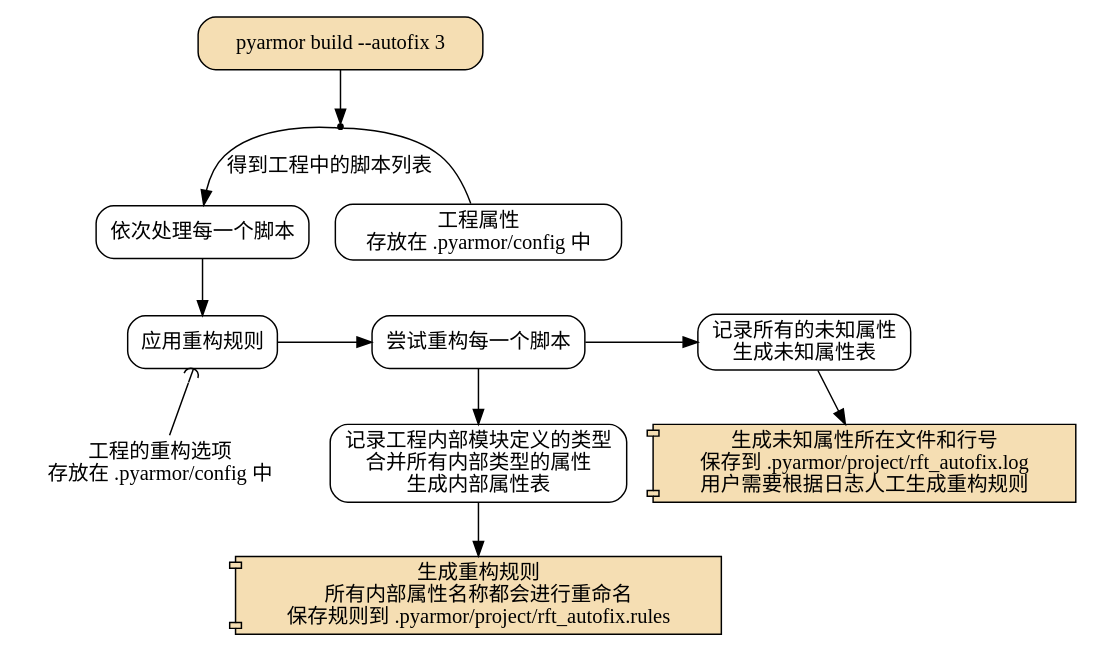
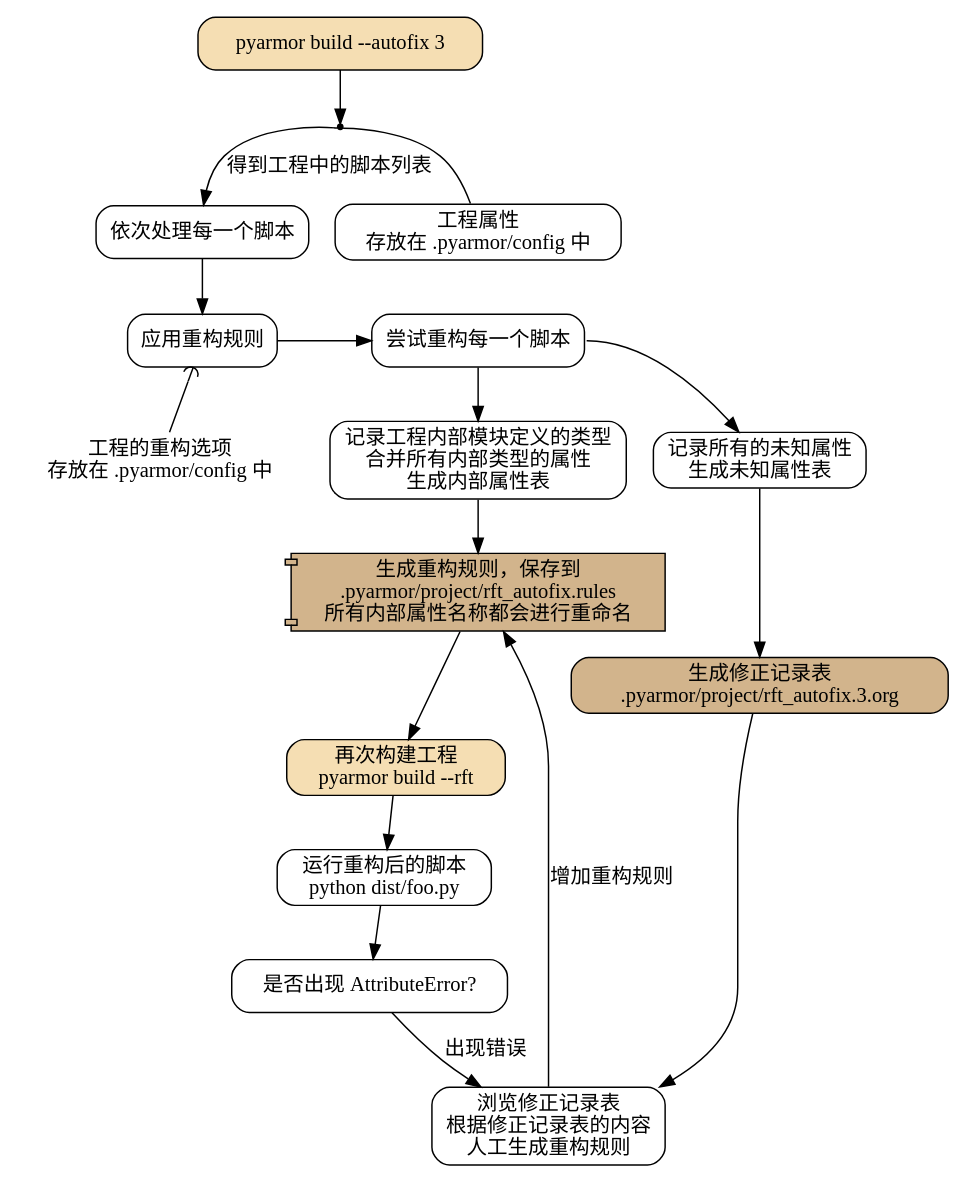
The ninth of 10 diagrams in pyarmor/learn/zh/commands.rst (dashingsoft/dashingsoft.github.io), drawn with Graphviz before and after one commit. The commit also changed other lines of this file, not shown here.

Commit message:
Redesign autofix graphs

```diff
--- a/pyarmor/learn/zh/commands.rst
+++ b/pyarmor/learn/zh/commands.rst
@@ -275,44 +301,57 @@
 .. graphviz::
-   :caption: 自动修正模式三重构复杂脚本
+   :caption: 重构复杂脚本自动修正模式三
    :align: center
    :name: g-project-rft-autofix-3
 
    digraph G {
       node [shape=box, style=rounded, target="_top"]
 
       build [label="pyarmor build --autofix 3"
              style="filled,rounded"
              fillcolor="wheat"]
       join1 [shape=point]
 
       items [label="依次处理每一个脚本"]
 
       conf [label="工程属性\n存放在 .pyarmor/config 中"]
 
       rules [shape=plaintext
              label="工程的重构选项\n存放在 .pyarmor/config 中"]
       p1 [label="应用重构规则"]
       rft [label="尝试重构每一个脚本"]
 
       n1 [label="记录工程内部模块定义的类型\n合并所有内部类型的属性\n生成内部属性表"]
       n2 [label="记录所有的未知属性\n生成未知属性表"]
 
       autofix [shape=component
                style="filled"
-               fillcolor="wheat"
-               label="生成重构规则\n所有内部属性名称都会进行重命名\n保存规则到 .pyarmor/project/rft_autofix.rules"]
-      autolog [shape=component
-               style="filled"
-               fillcolor="wheat"
-               label="生成未知属性所在文件和行号\n保存到 .pyarmor/project/rft_autofix.log\n用户需要根据日志人工生成重构规则"]
+               fillcolor="tan"
+               label="生成重构规则，保存到\n.pyarmor/project/rft_autofix.rules\n所有内部属性名称都会进行重命名"]
+      autolog [shape=box
+               style="filled,rounded"
+               fillcolor="tan"
+               label="生成修正记录表\n.pyarmor/project/rft_autofix.3.org"]
 
       build -> join1
       join1 -> conf [dir=none]
       join1 -> items [label="得到工程中的脚本列表"]
       items -> p1
       rank=same { p1 -> rft }
       p1 -> rules [arrowtail=curve dir=back]
       rft -> n1 -> autofix
-      rank=same { rft -> n2 }
+      rft -> n2 [tailport=e]
       n2 -> autolog
+
+      m1 [label="浏览修正记录表\n根据修正记录表的内容\n人工生成重构规则"]
+      autolog -> m1
+      m1 -> autofix [label="增加重构规则"]
+
+      rebuild [style="filled,rounded"
+               fillcolor="wheat"
+               label="再次构建工程\npyarmor build --rft"]
+      test [label="运行重构后的脚本\npython dist/foo.py"]
+      fb [label="是否出现 AttributeError?"]
+
+      autofix -> rebuild -> test -> fb
+      fb -> m1 [label="出现错误"]
    }
```
